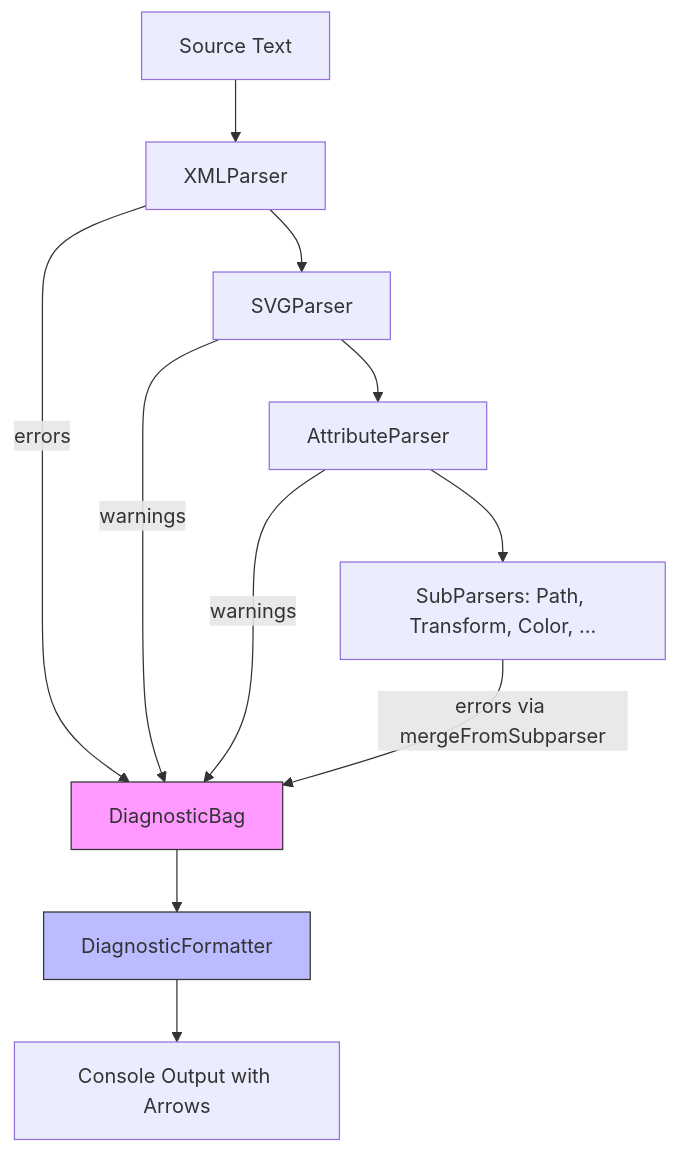
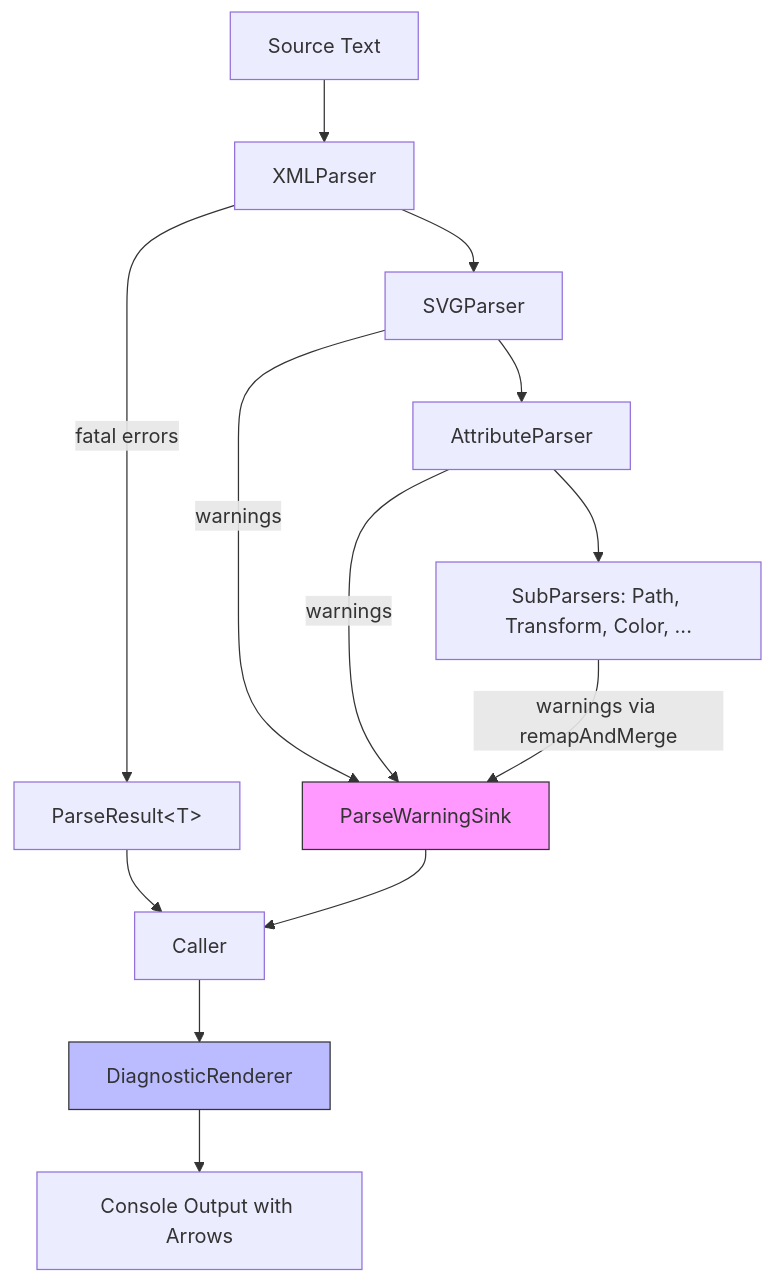
The first of 2 diagrams in docs/design_docs/parser_diagnostics_v2.md (jwmcglynn/donner), drawn with Mermaid before and after one commit. The commit also changed other lines of this file, not shown here.

First line of the commit message:
Rewrite design doc based on PR #458 with ParseWarningSink

````diff
--- a/docs/design_docs/parser_diagnostics_v2.md
+++ b/docs/design_docs/parser_diagnostics_v2.md
@@ -297,18 +102,20 @@
 ```mermaid
-graph TD
+flowchart TD
     A[Source Text] --> B[XMLParser]
     B --> C[SVGParser]
     C --> D[AttributeParser]
-    D --> E[SubParsers: Path, Transform, Color, ...]
+    D --> E["SubParsers: Path, Transform, Color, ..."]
 
-    B -->|errors| F[DiagnosticBag]
-    C -->|warnings| F
-    D -->|warnings| F
-    E -->|errors via mergeFromSubparser| F
+    B -->|fatal errors| F["ParseResult&lt;T&gt;"]
+    C -->|warnings| G[ParseWarningSink]
+    D -->|warnings| G
+    E -->|warnings via remapAndMerge| G
 
-    F --> G[DiagnosticFormatter]
-    G --> H[Console Output with Arrows]
+    F --> H[Caller]
+    G --> H
+    H --> I[DiagnosticRenderer]
+    I --> J[Console Output with Arrows]
 
-    style F fill:#f9f,stroke:#333
-    style G fill:#bbf,stroke:#333
+    style G fill:#f9f,stroke:#333
+    style I fill:#bbf,stroke:#333
 ```
````
